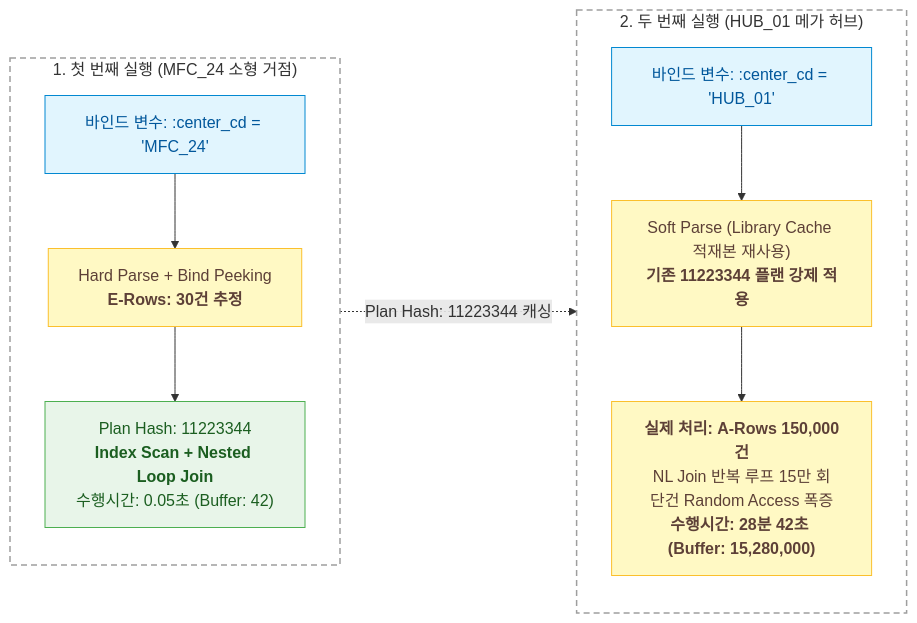
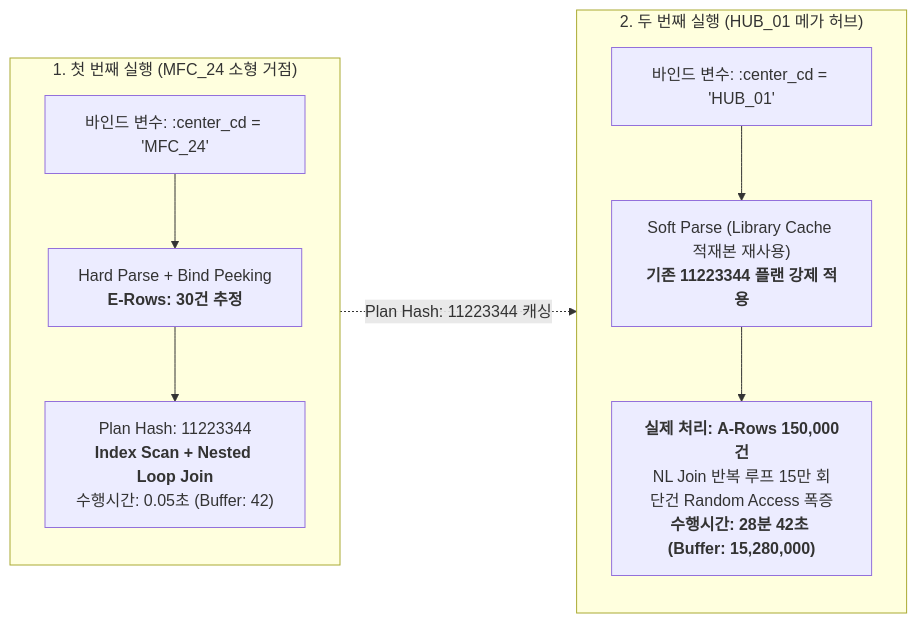
The second of 5 diagrams in docs/dbms/oracle/batch-execution-plan-instability-spm-tuning.md (djpibo/djpibo.github.io), drawn with Mermaid before and after one commit. The commit also changed other lines of this file and 8 other files, not shown here.

Commit message:
style(mermaid): unify all diagrams to monochrome and remove colored rect boxes

````diff
--- a/docs/dbms/oracle/batch-execution-plan-instability-spm-tuning.md
+++ b/docs/dbms/oracle/batch-execution-plan-instability-spm-tuning.md
@@ -137,28 +129,21 @@
 ```mermaid
 flowchart LR
-    classDef storage fill:#E8F5E9,stroke:#4CAF50,color:#1B5E20;
-    classDef processor fill:#FFF9C4,stroke:#FBC02D,color:#5D4037;
-    classDef client fill:#E1F5FE,stroke:#0288D1,color:#01579B;
-    classDef entity fill:#FFFFFF,stroke:#424242,color:#212121;
 
     subgraph Timeline["1. 첫 번째 실행 (MFC_24 소형 거점)"]
         direction TB
-        P1["바인드 변수: :center_cd = 'MFC_24'"]:::client
-        HP1["Hard Parse + Bind Peeking<br/><b>E-Rows: 30건 추정</b>"]:::processor
-        PLAN1["Plan Hash: 11223344<br/><b>Index Scan + Nested Loop Join</b><br/>수행시간: 0.05초 (Buffer: 42)"]:::storage
+        P1["바인드 변수: :center_cd = 'MFC_24'"]
+        HP1["Hard Parse + Bind Peeking<br/><b>E-Rows: 30건 추정</b>"]
+        PLAN1["Plan Hash: 11223344<br/><b>Index Scan + Nested Loop Join</b><br/>수행시간: 0.05초 (Buffer: 42)"]
         P1 --> HP1 --> PLAN1
     end
 
     subgraph Execution["2. 두 번째 실행 (HUB_01 메가 허브)"]
         direction TB
-        P2["바인드 변수: :center_cd = 'HUB_01'"]:::client
-        SP2["Soft Parse (Library Cache 적재본 재사용)<br/><b>기존 11223344 플랜 강제 적용</b>"]:::processor
-        PLAN2["<b>실제 처리: A-Rows 150,000건</b><br/>NL Join 반복 루프 15만 회<br/>단건 Random Access 폭증<br/><b>수행시간: 28분 42초 (Buffer: 15,280,000)</b>"]:::processor
+        P2["바인드 변수: :center_cd = 'HUB_01'"]
+        SP2["Soft Parse (Library Cache 적재본 재사용)<br/><b>기존 11223344 플랜 강제 적용</b>"]
+        PLAN2["<b>실제 처리: A-Rows 150,000건</b><br/>NL Join 반복 루프 15만 회<br/>단건 Random Access 폭증<br/><b>수행시간: 28분 42초 (Buffer: 15,280,000)</b>"]
         P2 --> SP2 --> PLAN2
     end
 
     PLAN1 -.->|"Plan Hash: 11223344 캐싱"| SP2
-
-    style Timeline fill:none,stroke:#9E9E9E,stroke-width:1.5px,stroke-dasharray:6 4;
-    style Execution fill:none,stroke:#9E9E9E,stroke-width:1.5px,stroke-dasharray:6 4;
 ```
````
